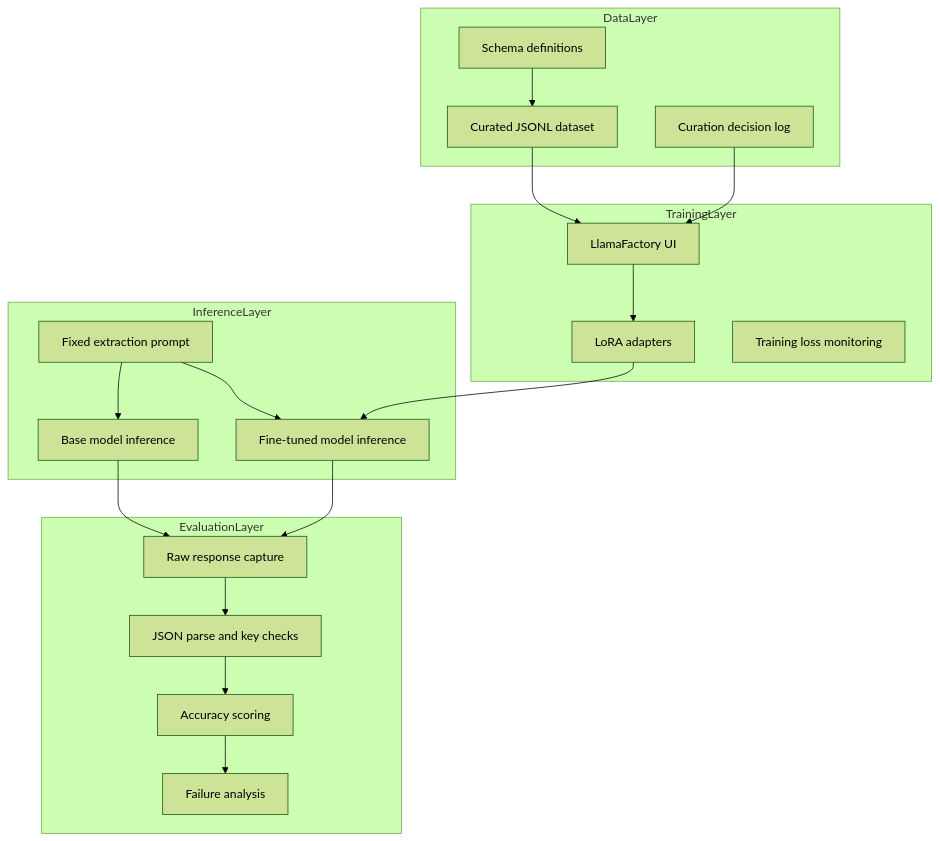
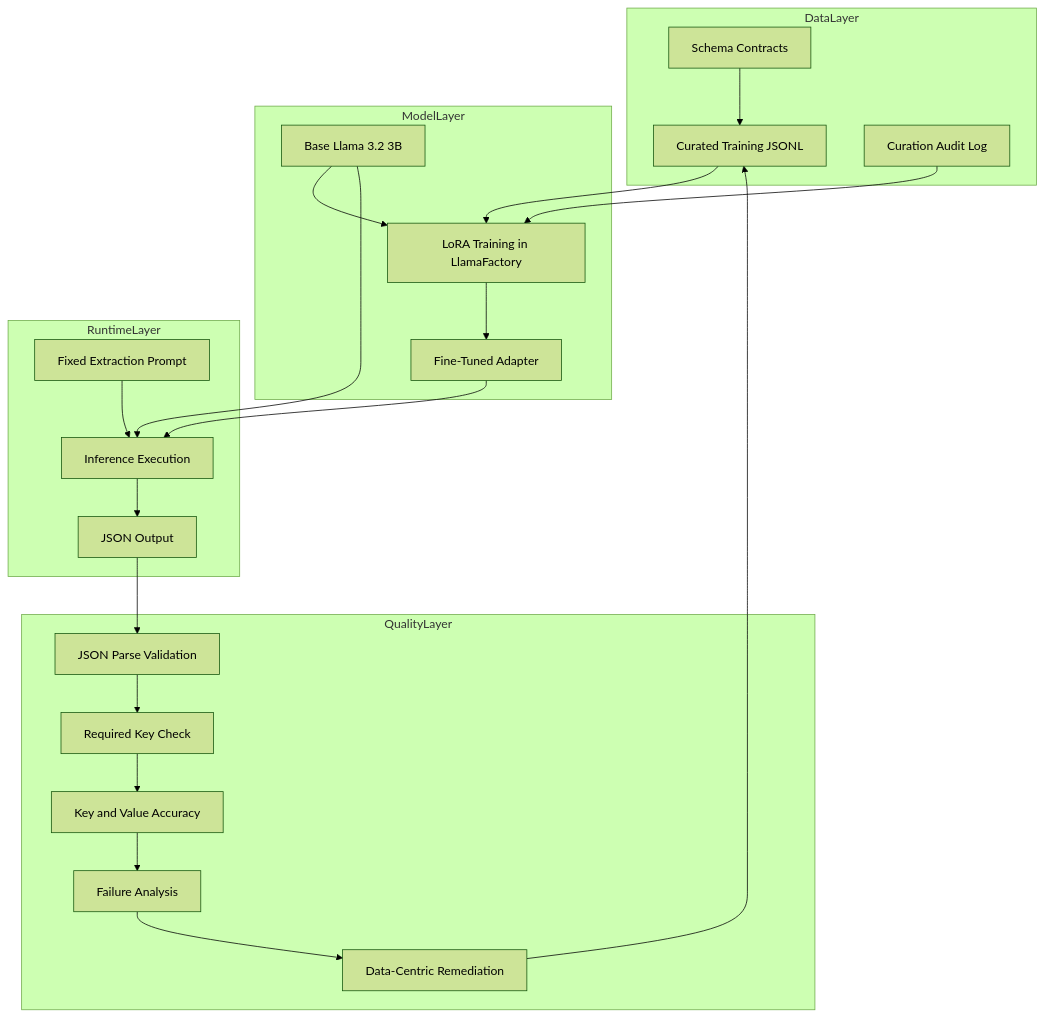
Before and after one commit to ramalokeshreddyp/StructuraAI: the first of 3 diagrams in architecture.md, drawn with Mermaid (forest theme). The commit also changed other lines of this file and 2 other files, not shown here.

Commit message:
Enhance core documentation with comprehensive architecture and execution flows

````diff
--- a/architecture.md
+++ b/architecture.md
@@ -9,36 +9,36 @@
 ```mermaid
 flowchart TB
   subgraph DataLayer
-    A1[Schema definitions]
-    A2[Curated JSONL dataset]
-    A3[Curation decision log]
+    S1[Schema Contracts]
+    S2[Curated Training JSONL]
+    S3[Curation Audit Log]
   end
 
-  subgraph TrainingLayer
-    B1[LlamaFactory UI]
-    B2[LoRA adapters]
-    B3[Training loss monitoring]
+  subgraph ModelLayer
+    M1[Base Llama 3.2 3B]
+    M2[LoRA Training in LlamaFactory]
+    M3[Fine-Tuned Adapter]
   end
 
-  subgraph InferenceLayer
-    C1[Fixed extraction prompt]
-    C2[Base model inference]
-    C3[Fine-tuned model inference]
+  subgraph RuntimeLayer
+    R1[Fixed Extraction Prompt]
+    R2[Inference Execution]
+    R3[JSON Output]
   end
 
-  subgraph EvaluationLayer
-    D1[Raw response capture]
-    D2[JSON parse and key checks]
-    D3[Accuracy scoring]
-    D4[Failure analysis]
+  subgraph QualityLayer
+    Q1[JSON Parse Validation]
+    Q2[Required Key Check]
+    Q3[Key and Value Accuracy]
+    Q4[Failure Analysis]
+    Q5[Data-Centric Remediation]
   end
 
-  A1 --> A2 --> B1
-  A3 --> B1
-  B1 --> B2 --> C3
-  C1 --> C2
-  C1 --> C3
-  C2 --> D1
-  C3 --> D1
-  D1 --> D2 --> D3 --> D4
+  S1 --> S2 --> M2
+  S3 --> M2
+  M1 --> M2 --> M3
+  R1 --> R2
+  M1 --> R2
+  M3 --> R2
+  R2 --> R3 --> Q1 --> Q2 --> Q3 --> Q4 --> Q5 --> S2
 ```
````
